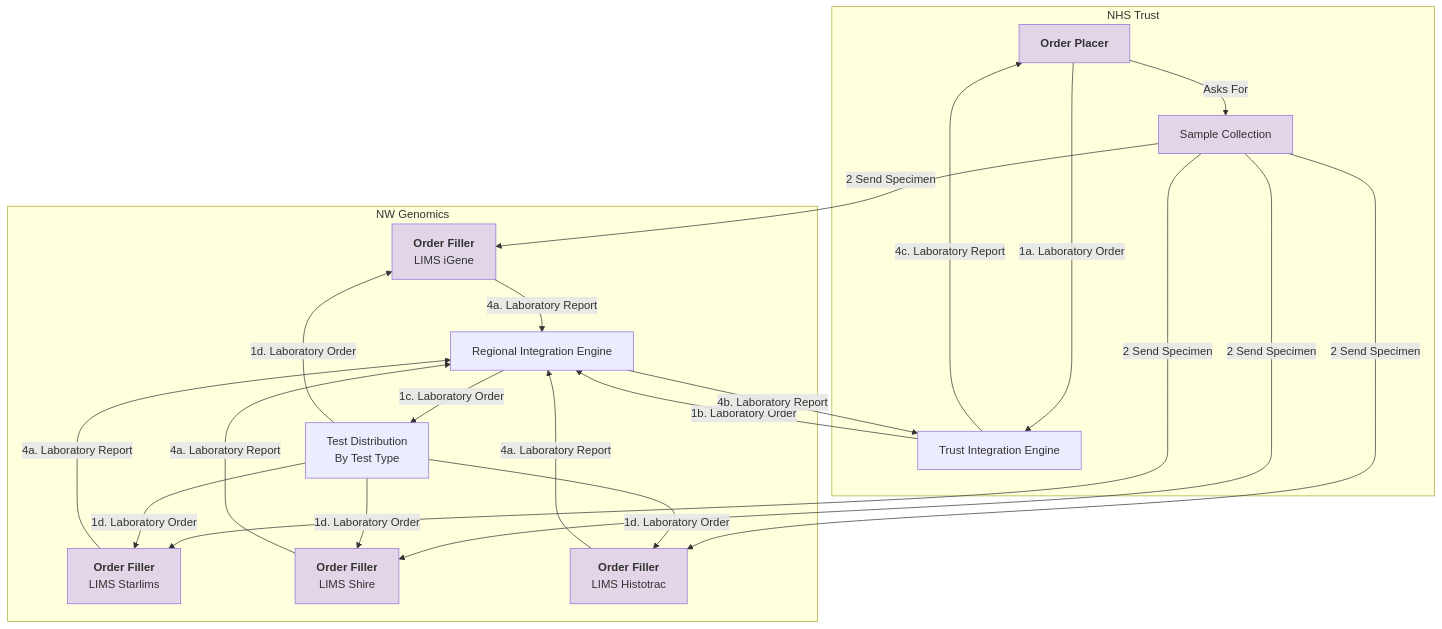
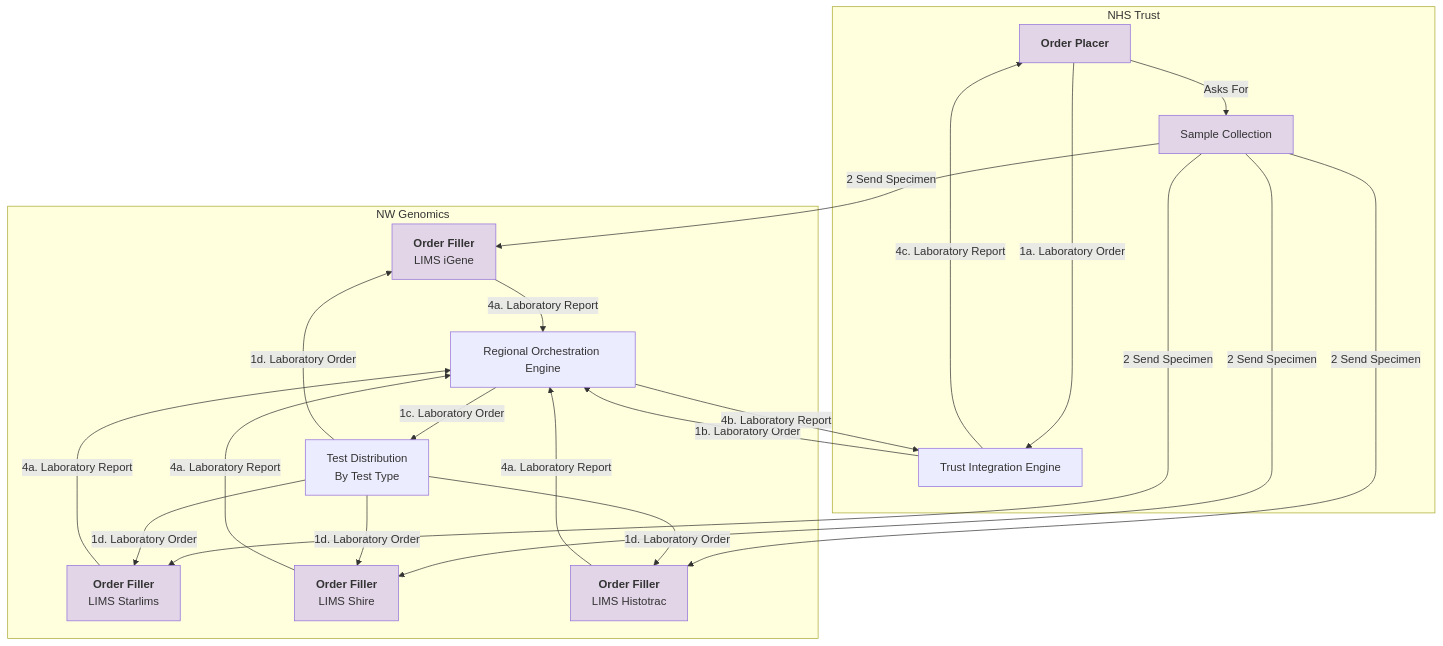
Before and after one commit to uk-gov-mirror/nw-gmsa.nw-gmsa.github.com: the second of 2 diagrams in Specifications/introduction-extra-notes.md, drawn with Mermaid. The commit also changed other lines of this file and 55 other files, not shown here.

````diff
--- a/Specifications/introduction-extra-notes.md
+++ b/Specifications/introduction-extra-notes.md
@@ -36,32 +36,32 @@
 ```mermaid
 graph TD;
     subgraph NHSTrustA[NHS Trust]
         EPRA[<b>Order Placer</b>] --> |Asks For| SpecimenA[Sample Collection]
         EPRA --> |1a. Laboratory Order| TIE[Trust Integration Engine]
     end
  
     SpecimenA --> |2 Send Specimen| LIMSA
     SpecimenA --> |2 Send Specimen| LIMSB
     SpecimenA --> |2 Send Specimen| LIMSC
     SpecimenA --> |2 Send Specimen| LIMSD
 
     TIE --> |1b. Laboratory Order| RIE 
     subgraph NWGenomics[NW Genomics]
         RIE --> |1c. Laboratory Order| TD[Test Distribution<br/>By Test Type]
         
         TD --> |1d. Laboratory Order| LIMSA[<b>Order Filler</b><br/>LIMS iGene] 
         TD --> |1d. Laboratory Order| LIMSB[<b>Order Filler</b><br/>LIMS Starlims]
         TD --> |1d. Laboratory Order| LIMSC[<b>Order Filler</b><br/>LIMS Shire]
         TD --> |1d. Laboratory Order| LIMSD[<b>Order Filler</b><br/>LIMS Histotrac]
         
-        LIMSA --> |4a. Laboratory Report| RIE[Regional Integration Engine]
+        LIMSA --> |4a. Laboratory Report| RIE[Regional Orchestration Engine]
         LIMSB --> |4a. Laboratory Report| RIE
         LIMSC --> |4a. Laboratory Report| RIE
         LIMSD --> |4a. Laboratory Report| RIE
     end
     RIE --> |4b. Laboratory Report| TIE
     TIE --> |4c. Laboratory Report| EPRA
     
     classDef purple fill:#E1D5E7;
     class EPRA,SpecimenA,LIMSA,LIMSB,LIMSC,LIMSD purple;
 ```
````
